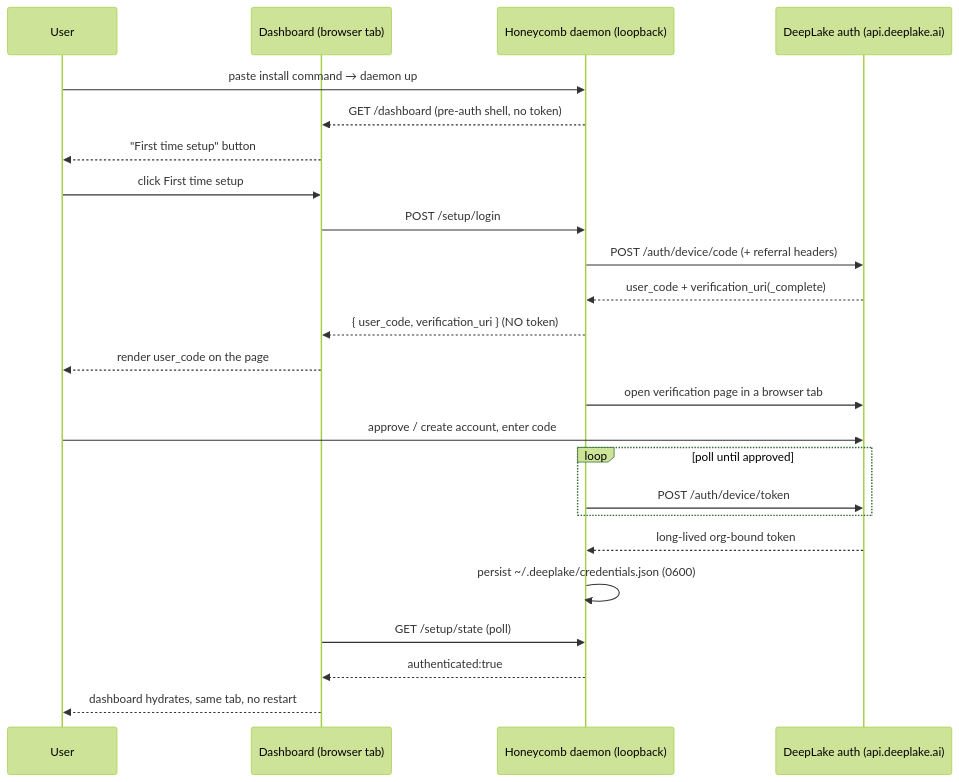
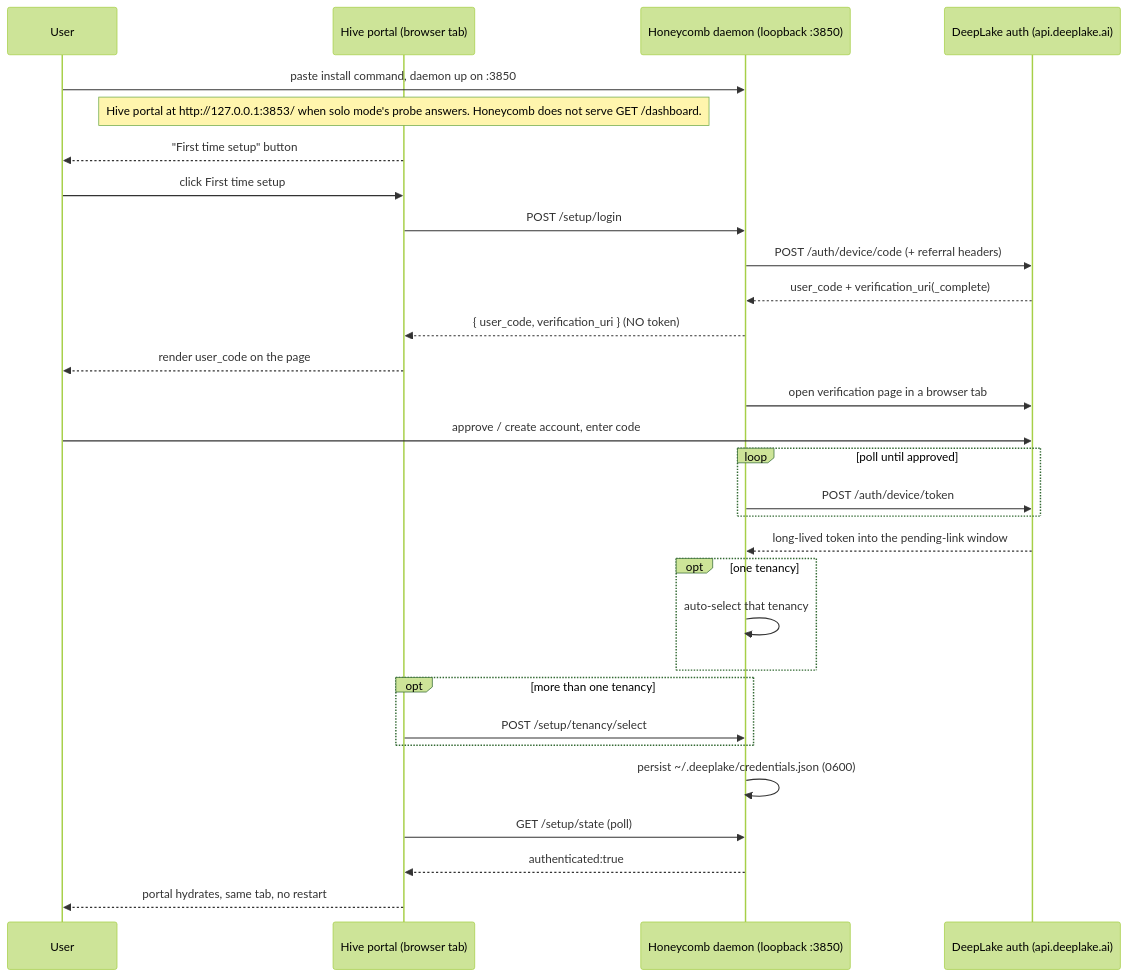
Before and after one commit to legioncodeinc/honeycomb: the diagram in library/knowledge/private/operations/install-and-onboarding.md, drawn with Mermaid (forest theme). The commit also changed other lines of this file and 279 other files, not shown here.

````diff
--- a/library/knowledge/private/operations/install-and-onboarding.md
+++ b/library/knowledge/private/operations/install-and-onboarding.md
@@ -152,27 +155,33 @@
 ```mermaid
 sequenceDiagram
     participant U as User
-    participant B as Dashboard (browser tab)
-    participant D as Honeycomb daemon (loopback)
+    participant B as Hive portal (browser tab)
+    participant D as Honeycomb daemon (loopback :3850)
     participant DL as DeepLake auth (api.deeplake.ai)
 
-    U->>D: paste install command → daemon up
-    D-->>B: GET /dashboard (pre-auth shell, no token)
+    U->>D: paste install command, daemon up on :3850
+    Note over B: Hive portal at http://127.0.0.1:3853/ when solo mode's probe answers. Honeycomb does not serve GET /dashboard.
     B-->>U: "First time setup" button
     U->>B: click First time setup
     B->>D: POST /setup/login
     D->>DL: POST /auth/device/code (+ referral headers)
     DL-->>D: user_code + verification_uri(_complete)
     D-->>B: { user_code, verification_uri } (NO token)
     B-->>U: render user_code on the page
     D->>DL: open verification page in a browser tab
     U->>DL: approve / create account, enter code
     loop poll until approved
         D->>DL: POST /auth/device/token
     end
-    DL-->>D: long-lived org-bound token
+    DL-->>D: long-lived token into the pending-link window
+    opt one tenancy
+        D->>D: auto-select that tenancy
+    end
+    opt more than one tenancy
+        B->>D: POST /setup/tenancy/select
+    end
     D->>D: persist ~/.deeplake/credentials.json (0600)
     B->>D: GET /setup/state (poll)
     D-->>B: authenticated:true
-    B-->>U: dashboard hydrates, same tab, no restart
+    B-->>U: portal hydrates, same tab, no restart
 ```
````
